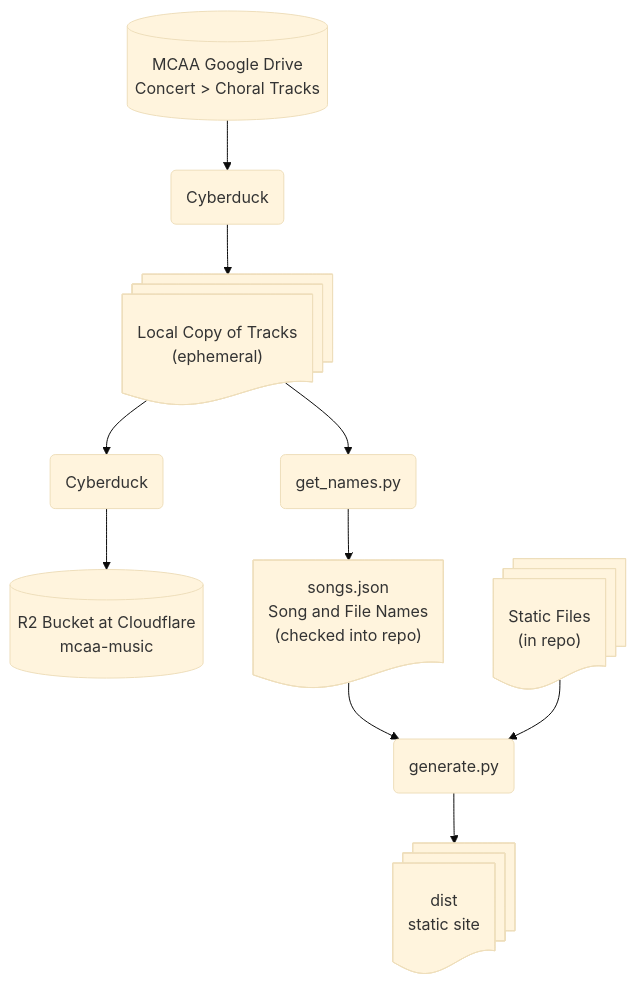
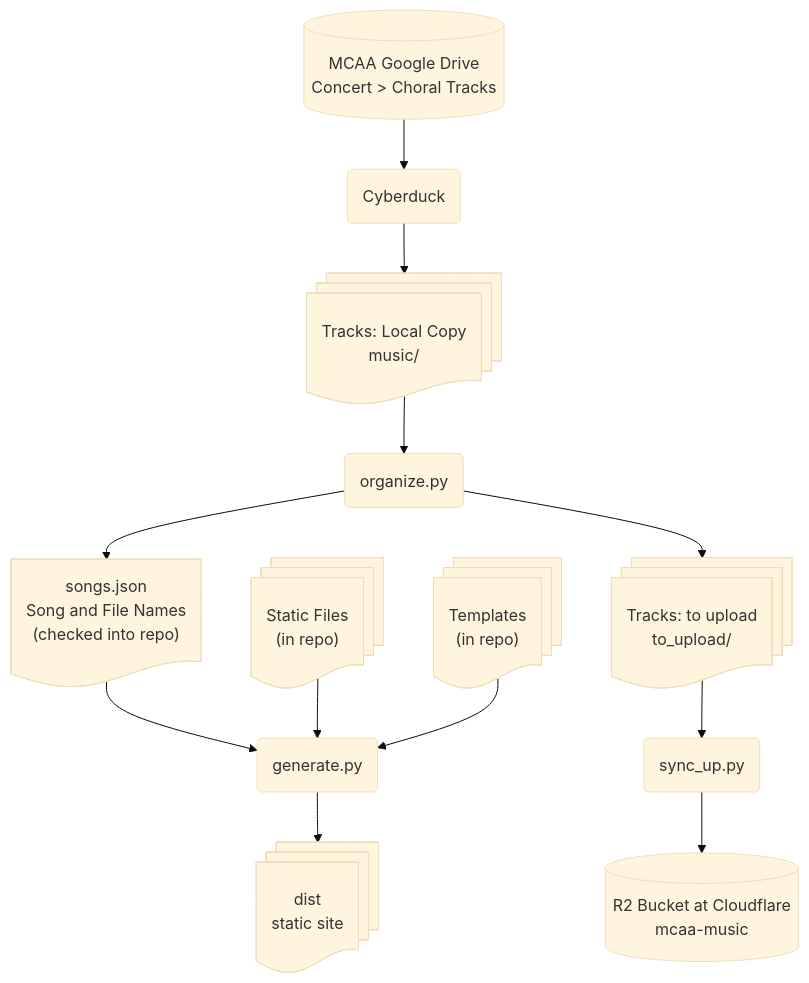
One commit to bwbeach/mcaa-music changed the diagram in README.md. Above: the diagram before and after it, drawn with Mermaid (base theme). The commit also changed 6 other files, not shown here.

Commit message:
New flow and new script: `organize.py`

````diff
--- a/README.md
+++ b/README.md
@@ -36,24 +36,28 @@
 ```mermaid
 flowchart TD
    googleDrive[(MCAA Google Drive<br>Concert &gt; Choral Tracks)]
    r2Bucket[(R2 Bucket at Cloudflare<br>mcaa-music)]
-   getNames("get_names.py")
+   organize("organize.py")
    names@{ shape: doc, label: "songs.json<br>Song and File Names<br>(checked into repo)" }
    dist@{ shape: docs, label: "dist<br>static site" }
-   localTracks@{ shape: docs, label: "Local Copy of Tracks<br>(ephemeral)" }
+   localTracks@{ shape: docs, label: "Tracks: Local Copy<br>music/" }
+   toUpload@{ shape: docs, label: "Tracks: to upload<br>to_upload/" }
    cyberduck1(Cyberduck)
-   cyberduck2(Cyberduck)
+   syncUp(sync_up.py)
    
    generate("generate.py")
    static@{ shape: docs, label: "Static Files<br>(in repo)" }
+   template@{ shape: docs, label: "Templates<br>(in repo)" }
 
    googleDrive --> cyberduck1
    cyberduck1 --> localTracks
-   localTracks --> cyberduck2
-   cyberduck2 --> r2Bucket
-   localTracks --> getNames
-   getNames --> names
+   localTracks --> organize
+   organize --> names
+   organize --> toUpload
+   toUpload --> syncUp
+   syncUp --> r2Bucket
    names --> generate
    static --> generate
+   template --> generate
    generate --> dist
 ```
````
